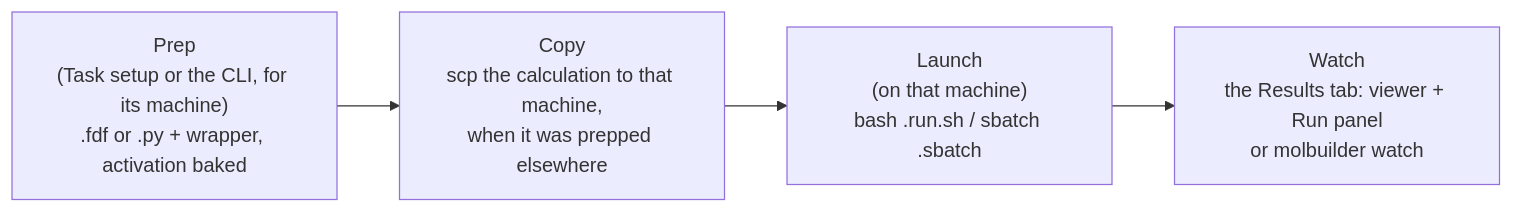
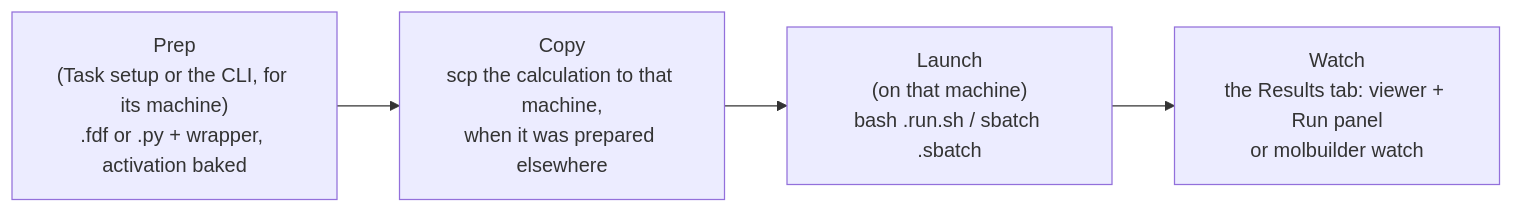
The first of 6 diagrams in docs/execution/running-a-job.md (Qing-LAB/molbuilder), drawn with Mermaid before and after one commit. The commit also changed other lines of this file and 30 other files, not shown here.

````diff
--- a/docs/execution/running-a-job.md
+++ b/docs/execution/running-a-job.md
@@ -30,8 +30,8 @@
 ```mermaid
 flowchart LR
     P["Prep<br/>(Task setup or the CLI, for its machine)<br/>.fdf or .py + wrapper, activation baked"]
-    C["Copy<br/>scp the calculation to that machine,<br/>when it was prepped elsewhere"]
+    C["Copy<br/>scp the calculation to that machine,<br/>when it was prepared elsewhere"]
     R["Launch<br/>(on that machine)<br/>bash .run.sh / sbatch .sbatch"]
     W["Watch<br/>the Results tab: viewer + Run panel<br/>or molbuilder watch"]
     P --> C --> R --> W
 ```
````
